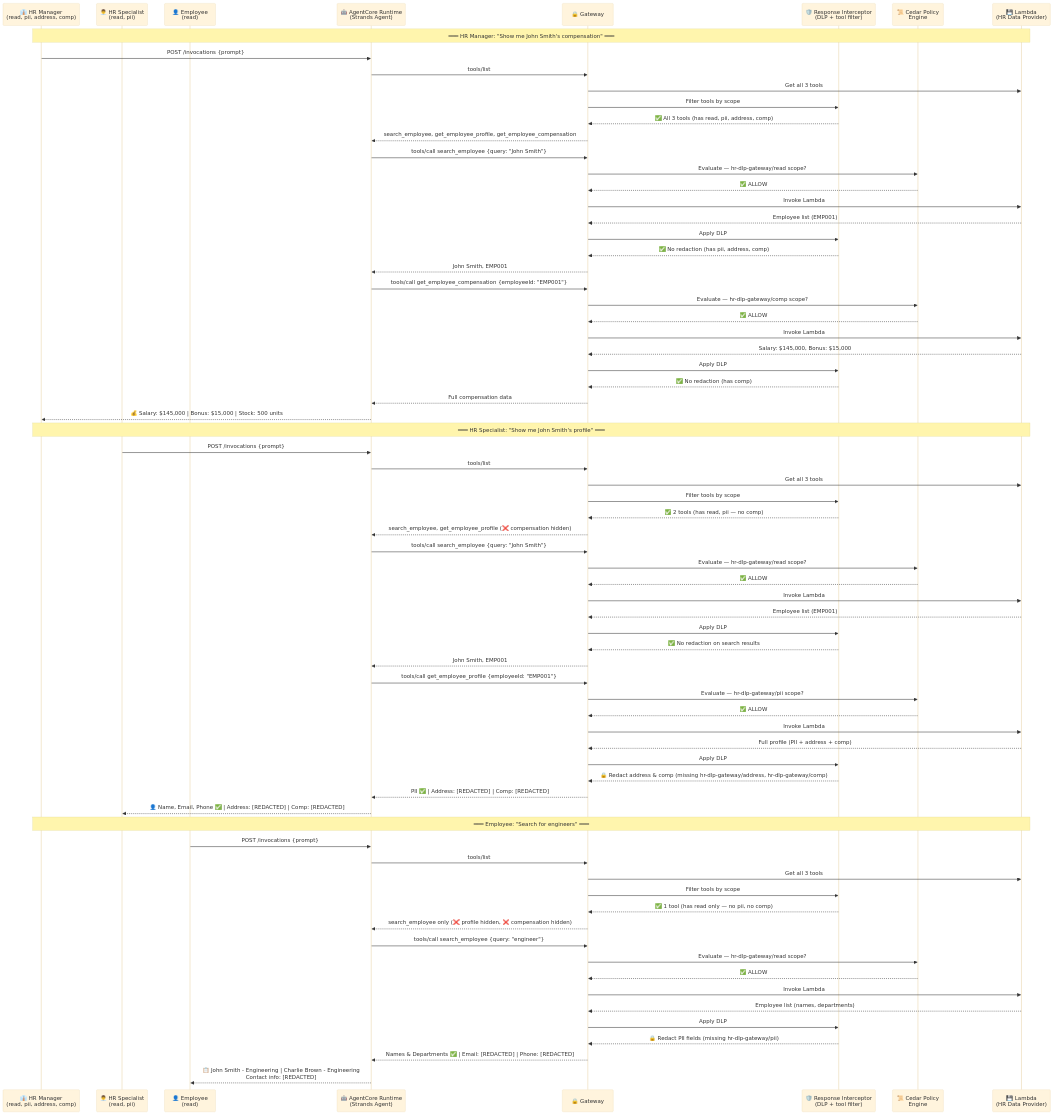
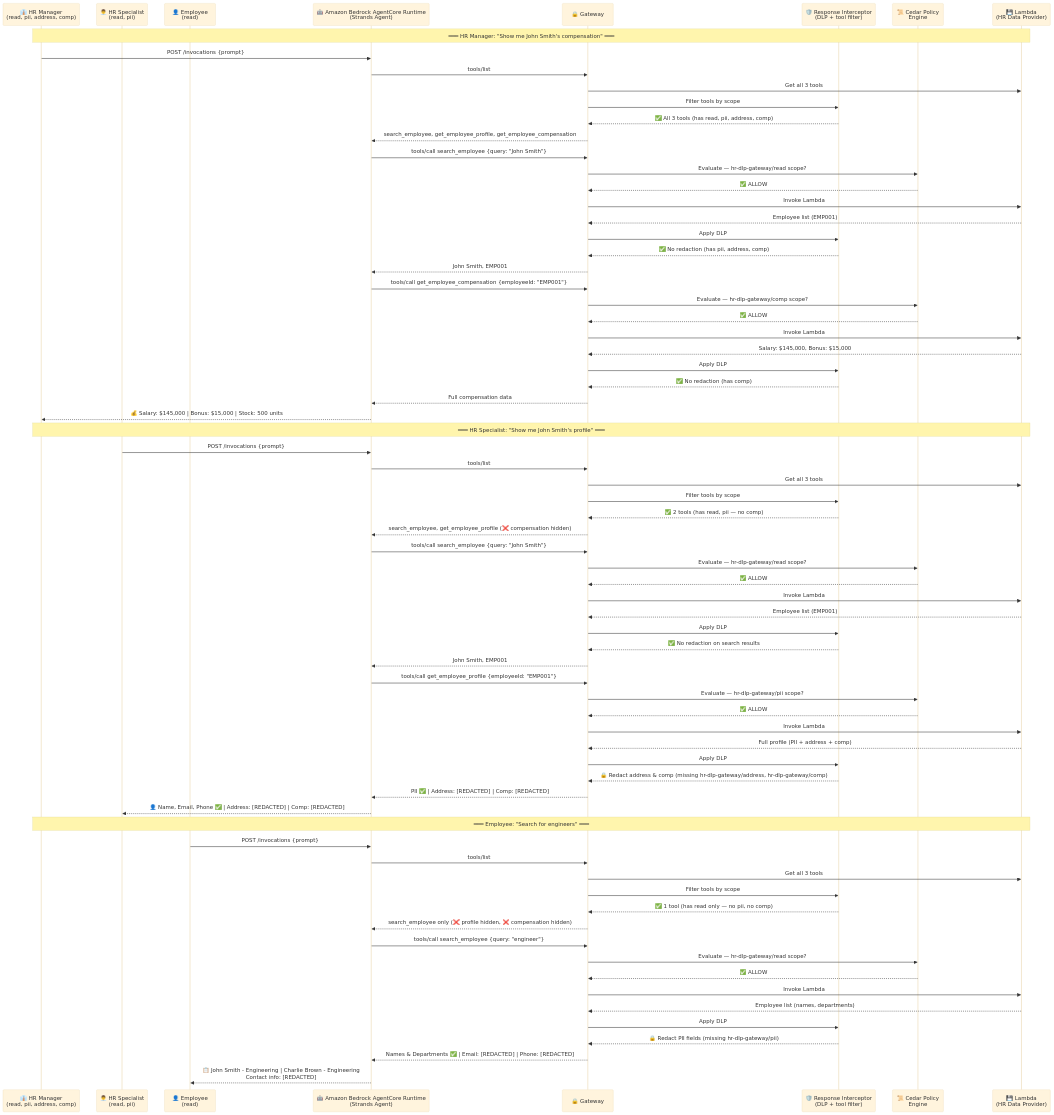
The diagram in 02-use-cases/role-based-hr-data-agent/docs/diagrams/flow.md (awslabs/amazon-bedrock-agentcore-samples), drawn with Mermaid (base theme) before and after one commit. The commit also changed 21 other files, not shown here.

```diff
--- a/02-use-cases/role-based-hr-data-agent/docs/diagrams/flow.md
+++ b/02-use-cases/role-based-hr-data-agent/docs/diagrams/flow.md
@@ -5,7 +5,7 @@
     participant HRM as 👔 HR Manager<br/>(read, pii, address, comp)
     participant HRS as 👨‍💼 HR Specialist<br/>(read, pii)
     participant EMP as 👤 Employee<br/>(read)
-    participant RT as 🤖 AgentCore Runtime<br/>(Strands Agent)
+    participant RT as 🤖 Amazon Bedrock AgentCore Runtime<br/>(Strands Agent)
     participant GW as 🔒 Gateway
     participant RI as 🛡️ Response Interceptor<br/>(DLP + tool filter)
     participant CP as 📜 Cedar Policy<br/>Engine
```
